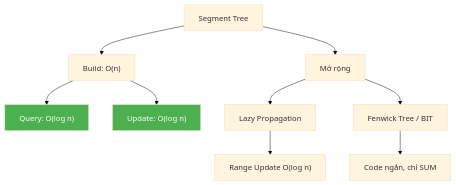
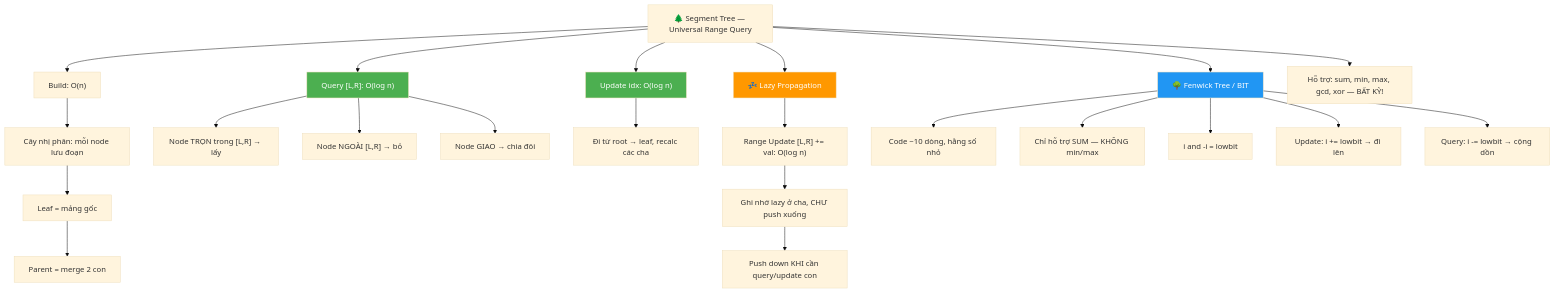
One commit to delta94e/MD-front-end changed diagram 16 of 18 in algo-pratice/array/Array Prerequisites - Kiến Thức Nền Tảng.md. Above: the diagram before and after it, drawn with Mermaid (base theme). The commit also changed other lines of this file, not shown here.

````diff
--- a/algo-pratice/array/Array Prerequisites - Kiến Thức Nền Tảng.md
+++ b/algo-pratice/array/Array Prerequisites - Kiến Thức Nền Tảng.md
@@ -4186,16 +4258,34 @@
 ```mermaid
 graph TD
-    A["Segment Tree"] --> B["Build: O(n)"]
-    B --> C["Query: O(log n)"]
-    B --> D["Update: O(log n)"]
+    A["🌲 Segment Tree — Universal Range Query"] --> B["Build: O(n)"]
+    B --> B1["Cây nhị phân: mỗi node lưu đoạn"]
+    B1 --> B2["Leaf = mảng gốc"]
+    B2 --> B3["Parent = merge 2 con"]
 
-    A --> E["Mở rộng"]
-    E --> E1["Lazy Propagation"]
-    E --> E2["Fenwick Tree / BIT"]
+    A --> C["Query [L,R]: O(log n)"]
+    C --> C1["Node TRỌN trong [L,R] → lấy"]
+    C --> C2["Node NGOÀI [L,R] → bỏ"]
+    C --> C3["Node GIAO → chia đôi"]
 
-    E1 --> F["Range Update O(log n)"]
-    E2 --> G["Code ngắn, chỉ SUM"]
+    A --> D["Update idx: O(log n)"]
+    D --> D1["Đi từ root → leaf, recalc các cha"]
+
+    A --> E["💤 Lazy Propagation"]
+    E --> E1["Range Update [L,R] += val: O(log n)"]
+    E1 --> E2["Ghi nhớ lazy ở cha, CHƯ push xuống"]
+    E2 --> E3["Push down KHI cần query/update con"]
+
+    A --> F["🌳 Fenwick Tree / BIT"]
+    F --> F1["Code ~10 dòng, hằng số nhỏ"]
+    F --> F2["Chỉ hỗ trợ SUM — KHÔNG min/max"]
+    F --> F3["i and -i = lowbit"]
+    F --> F4["Update: i += lowbit → đi lên"]
+    F --> F5["Query: i -= lowbit → cộng dồn"]
+
+    A --> G["Hỗ trợ: sum, min, max, gcd, xor — BẤT KỲ!"]
 
     style C fill:#4CAF50,color:white
     style D fill:#4CAF50,color:white
+    style E fill:#FF9800,color:white
+    style F fill:#2196F3,color:white
 ```
````
